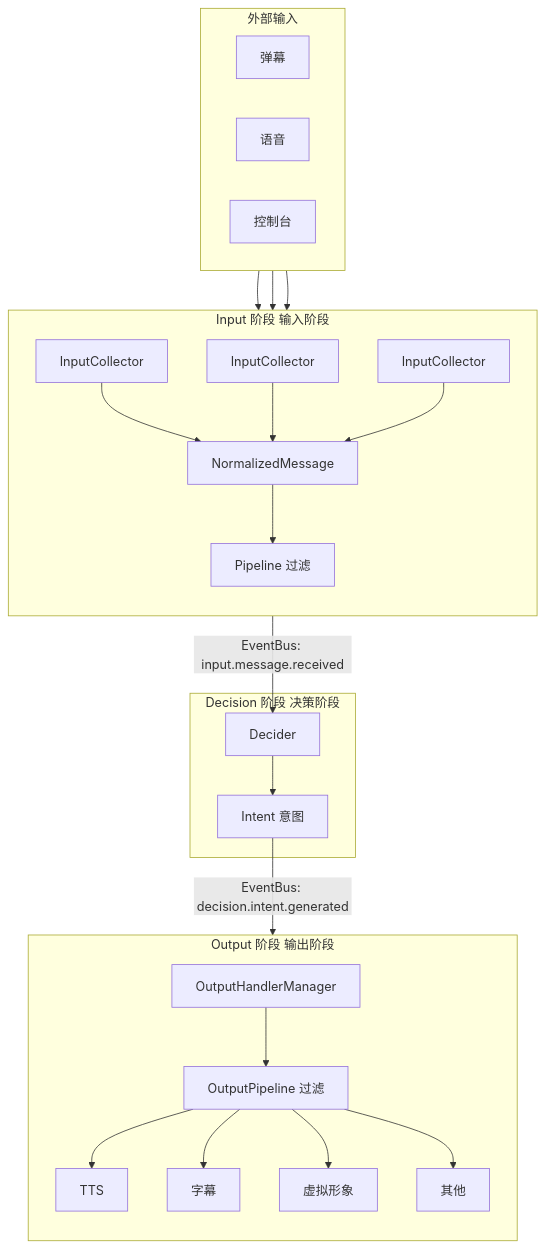
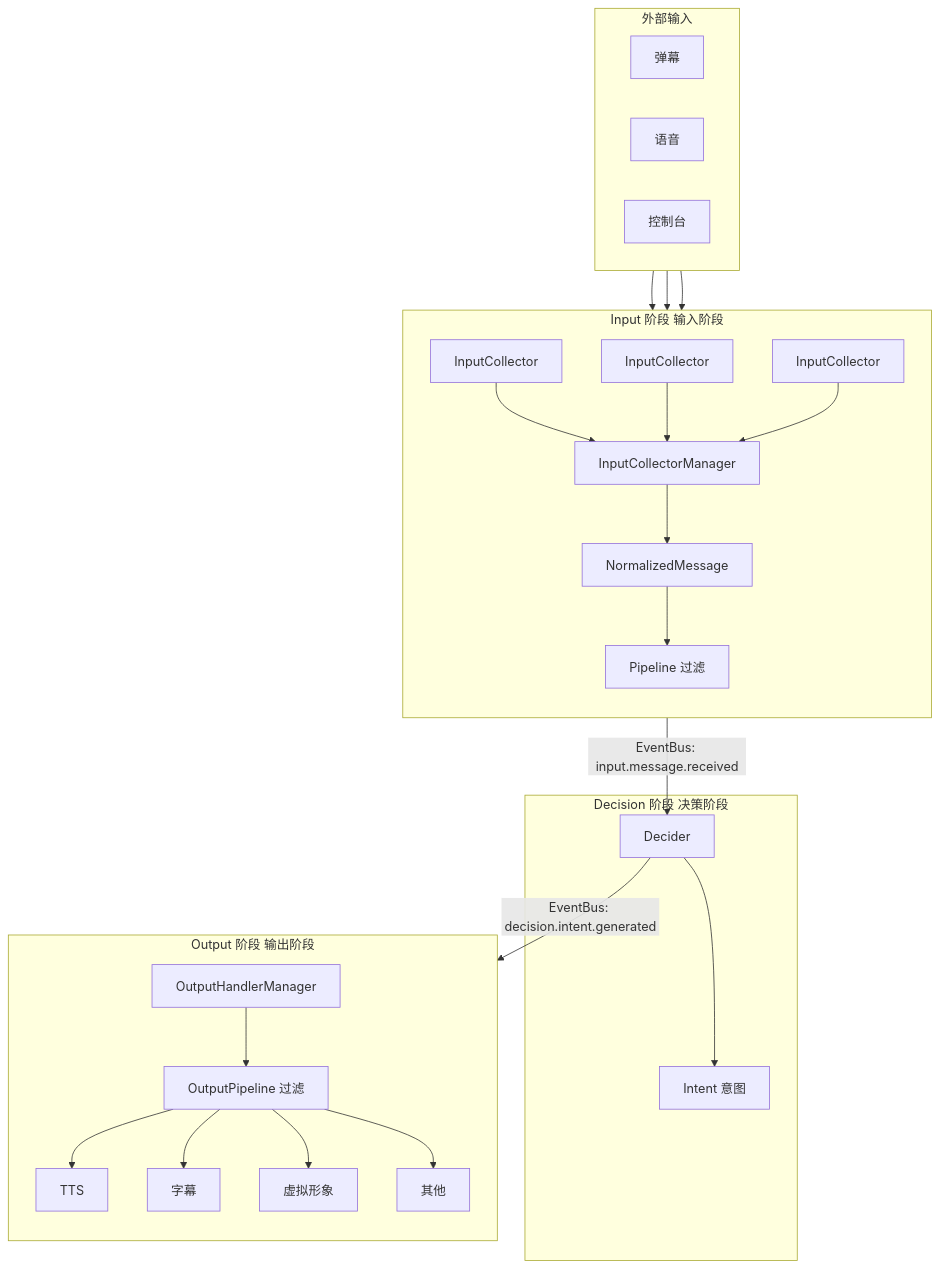
Before and after one commit to Mai-with-u/Amaidesu: the first of 3 diagrams in docs/architecture/overview.md, drawn with Mermaid. The commit also changed other lines of this file and 32 other files, not shown here.

````diff
--- a/docs/architecture/overview.md
+++ b/docs/architecture/overview.md
@@ -7,48 +7,50 @@
 ```mermaid
 flowchart TB
     subgraph External["外部输入"]
         Danmaku["弹幕"]
         Voice["语音"]
         Console["控制台"]
     end
 
     subgraph InputStage["Input 阶段 输入阶段"]
         direction TB
         IP1[InputCollector]
         IP2[InputCollector]
         IP3[InputCollector]
+        ICM[InputCollectorManager]
         NM[NormalizedMessage]
         Pipeline[Pipeline 过滤]
     end
 
     subgraph DecisionStage["Decision 阶段 决策阶段"]
         DP[Decider]
         Intent[Intent 意图]
     end
 
     subgraph OutputStage["Output 阶段 输出阶段"]
         direction TB
         OPM[OutputHandlerManager]
         OPipeline[OutputPipeline 过滤]
         OP1[TTS]
         OP2[字幕]
         OP3[虚拟形象]
         OP4[其他]
     end
 
     External --> IP1
     External --> IP2
     External --> IP3
-    IP1 --> NM
-    IP2 --> NM
-    IP3 --> NM
+    IP1 --> ICM
+    IP2 --> ICM
+    IP3 --> ICM
+    ICM --> NM
     NM --> Pipeline
-    Pipeline -->|"EventBus: input.message.received"| DP
+    ICM -->|"EventBus: input.message.received"| DP
     DP --> Intent
-    Intent -->|"EventBus: decision.intent.generated"| OPM
+    DP -->|"EventBus: decision.intent.generated"| OPM
     OPM --> OPipeline
     OPipeline --> OP1
     OPipeline --> OP2
     OPipeline --> OP3
     OPipeline --> OP4
 ```
````
